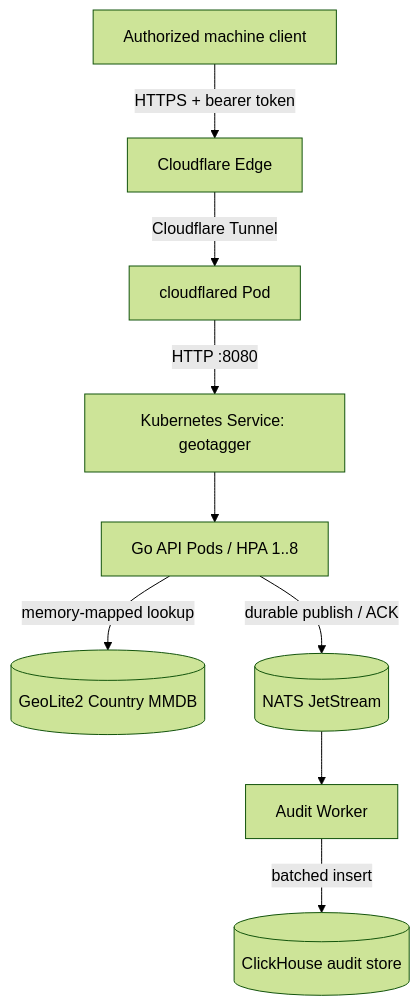
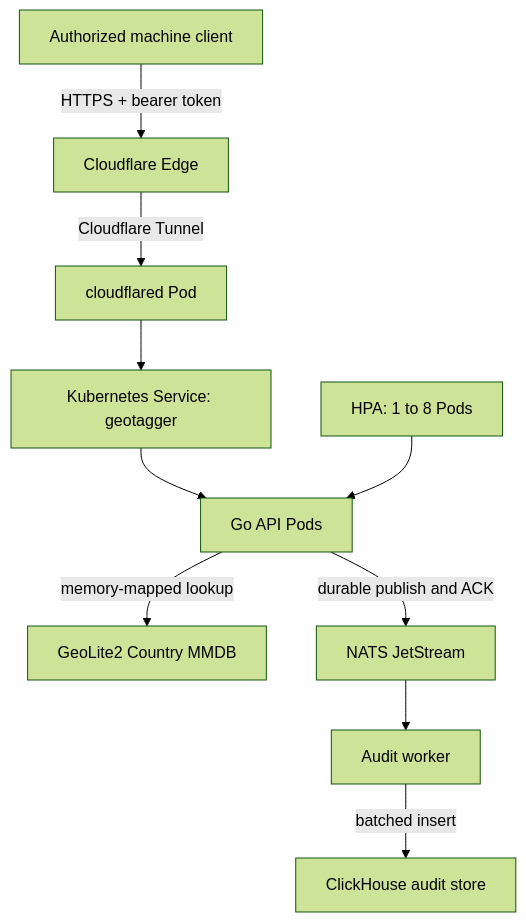
The first of 9 diagrams in docs/PROJECT_OVERVIEW.md (Jstarzz/geotagger), drawn with Mermaid (forest theme) before and after one commit. The commit also changed other lines of this file, not shown here.

Commit message:
docs: tighten project overview and sanitize diagrams

````diff
--- a/docs/PROJECT_OVERVIEW.md
+++ b/docs/PROJECT_OVERVIEW.md
@@ -197,21 +146,12 @@
 ```mermaid
 flowchart TB
-    CLIENT[Authorized machine client]
-    CF[Cloudflare Edge]
-    TUNNEL[cloudflared Pod]
-    SVC[Kubernetes Service: geotagger]
-    API[Go API Pods / HPA 1..8]
-    MMDB[(GeoLite2 Country MMDB)]
-    NATS[(NATS JetStream)]
-    WORKER[Audit Worker]
-    CH[(ClickHouse audit store)]
-
-    CLIENT -->|HTTPS + bearer token| CF
-    CF -->|Cloudflare Tunnel| TUNNEL
-    TUNNEL -->|HTTP :8080| SVC
-    SVC --> API
-    API -->|memory-mapped lookup| MMDB
-    API -->|durable publish / ACK| NATS
-    NATS --> WORKER
-    WORKER -->|batched insert| CH
+    CLIENT["Authorized machine client"] -->|"HTTPS + bearer token"| CF["Cloudflare Edge"]
+    CF -->|"Cloudflare Tunnel"| TUNNEL["cloudflared Pod"]
+    TUNNEL --> SVC["Kubernetes Service: geotagger"]
+    SVC --> API["Go API Pods"]
+    HPA["HPA: 1 to 8 Pods"] --> API
+    API -->|"memory-mapped lookup"| MMDB["GeoLite2 Country MMDB"]
+    API -->|"durable publish and ACK"| NATS["NATS JetStream"]
+    NATS --> WORKER["Audit worker"]
+    WORKER -->|"batched insert"| CH["ClickHouse audit store"]
 ```
````
